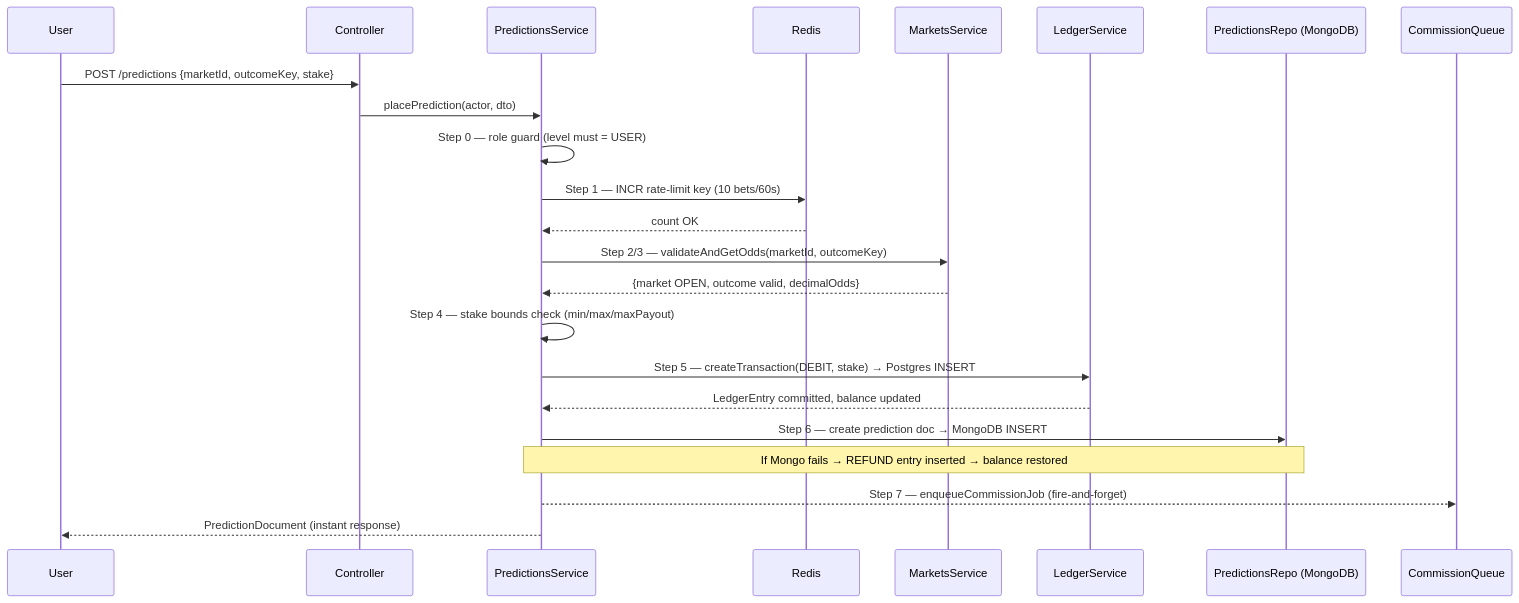
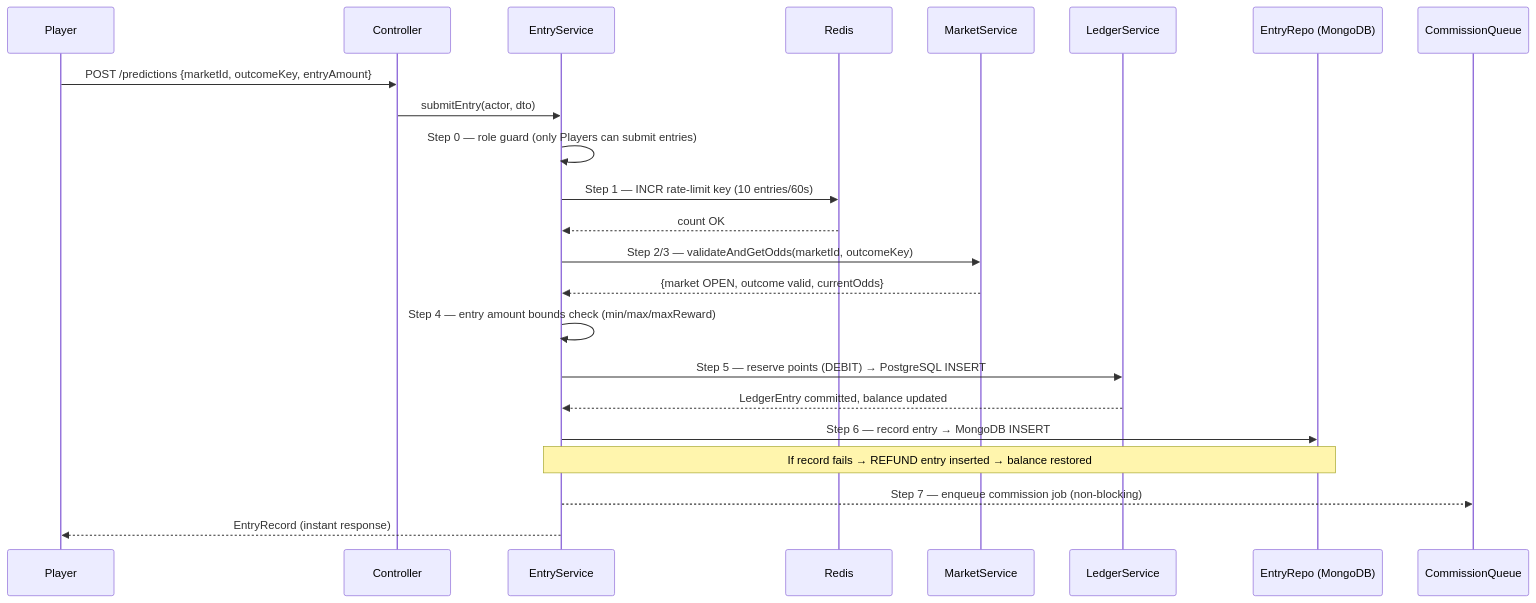
The sixth of 13 diagrams in README.md (Yash-Jangid/GameX), drawn with Mermaid before and after one commit. The commit also changed other lines of this file, not shown here.

````diff
--- a/README.md
+++ b/README.md
@@ -256,26 +329,26 @@
 ```mermaid
 sequenceDiagram
-    participant U as User
+    participant U as Player
     participant C as Controller
-    participant PS as PredictionsService
+    participant PS as EntryService
     participant R as Redis
-    participant MS as MarketsService
+    participant MS as MarketService
     participant LS as LedgerService
-    participant PR as PredictionsRepo (MongoDB)
+    participant PR as EntryRepo (MongoDB)
     participant CQ as CommissionQueue
 
-    U->>C: POST /predictions {marketId, outcomeKey, stake}
-    C->>PS: placePrediction(actor, dto)
-    PS->>PS: Step 0 — role guard (level must = USER)
-    PS->>R: Step 1 — INCR rate-limit key (10 bets/60s)
+    U->>C: POST /predictions {marketId, outcomeKey, entryAmount}
+    C->>PS: submitEntry(actor, dto)
+    PS->>PS: Step 0 — role guard (only Players can submit entries)
+    PS->>R: Step 1 — INCR rate-limit key (10 entries/60s)
     R-->>PS: count OK
     PS->>MS: Step 2/3 — validateAndGetOdds(marketId, outcomeKey)
-    MS-->>PS: {market OPEN, outcome valid, decimalOdds}
-    PS->>PS: Step 4 — stake bounds check (min/max/maxPayout)
-    PS->>LS: Step 5 — createTransaction(DEBIT, stake) → Postgres INSERT
+    MS-->>PS: {market OPEN, outcome valid, currentOdds}
+    PS->>PS: Step 4 — entry amount bounds check (min/max/maxReward)
+    PS->>LS: Step 5 — reserve points (DEBIT) → PostgreSQL INSERT
     LS-->>PS: LedgerEntry committed, balance updated
-    PS->>PR: Step 6 — create prediction doc → MongoDB INSERT
-    Note over PS,PR: If Mongo fails → REFUND entry inserted → balance restored
-    PS-->>CQ: Step 7 — enqueueCommissionJob (fire-and-forget)
-    PS-->>U: PredictionDocument (instant response)
+    PS->>PR: Step 6 — record entry → MongoDB INSERT
+    Note over PS,PR: If record fails → REFUND entry inserted → balance restored
+    PS-->>CQ: Step 7 — enqueue commission job (non-blocking)
+    PS-->>U: EntryRecord (instant response)
 ```
````
